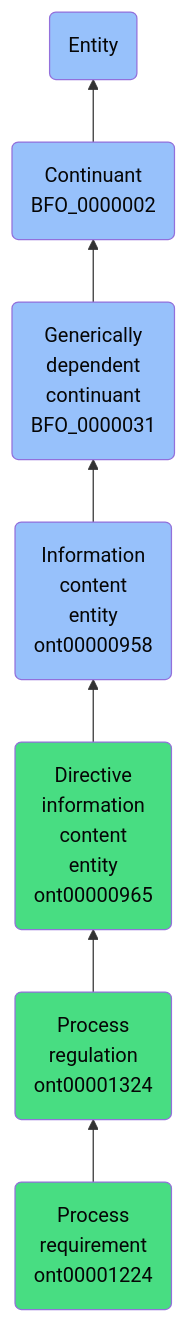
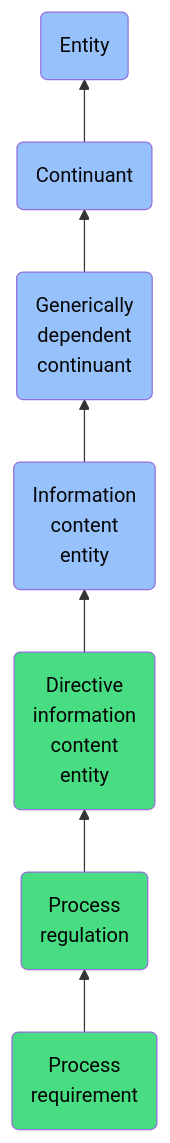
The diagram in docs/ontology/reference/model/Entity/Continuant/Generically dependent continuant/Information content entity/Directive information content entity/Process regulation/Process requirement/Process requirement.md (jupyter-naas/abi), drawn with Mermaid before and after one commit. The commit also changed other lines of this file and 1430 other files, not shown here.

````diff
--- a/docs/ontology/reference/model/Entity/Continuant/Generically dependent continuant/Information content entity/Directive information content entity/Process regulation/Process requirement/Process requirement.md
+++ b/docs/ontology/reference/model/Entity/Continuant/Generically dependent continuant/Information content entity/Directive information content entity/Process regulation/Process requirement/Process requirement.md
@@ -25,14 +25,14 @@
 ```mermaid
 graph BT
-    ont00001224(Process<br>requirement<br>ont00001224):::ABI-->ont00001324
-    ont00001324(Process<br>regulation<br>ont00001324):::ABI-->ont00000965
-    ont00000965(Directive<br>information<br>content<br>entity<br>ont00000965):::ABI-->ont00000958
-    ont00000958(Information<br>content<br>entity<br>ont00000958):::BFO-->BFO_0000031
-    BFO_0000031(Generically<br>dependent<br>continuant<br>BFO_0000031):::BFO-->BFO_0000002
-    BFO_0000002(Continuant<br>BFO_0000002):::BFO-->BFO_0000001
+    ont00001224(Process<br>requirement):::ABI-->ont00001324
+    ont00001324(Process<br>regulation):::ABI-->ont00000965
+    ont00000965(Directive<br>information<br>content<br>entity):::ABI-->ont00000958
+    ont00000958(Information<br>content<br>entity):::BFO-->BFO_0000031
+    BFO_0000031(Generically<br>dependent<br>continuant):::BFO-->BFO_0000002
+    BFO_0000002(Continuant):::BFO-->BFO_0000001
     BFO_0000001(Entity):::BFO
     
     classDef BFO fill:#97c1fb,color:#060606
     classDef CCO fill:#e4c51e,color:#060606
     classDef ABI fill:#48DD82,color:#060606
 ```
````
